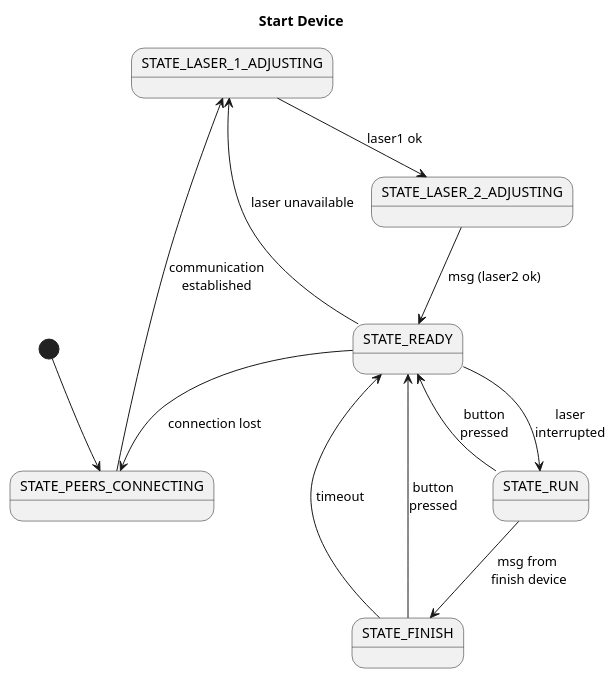
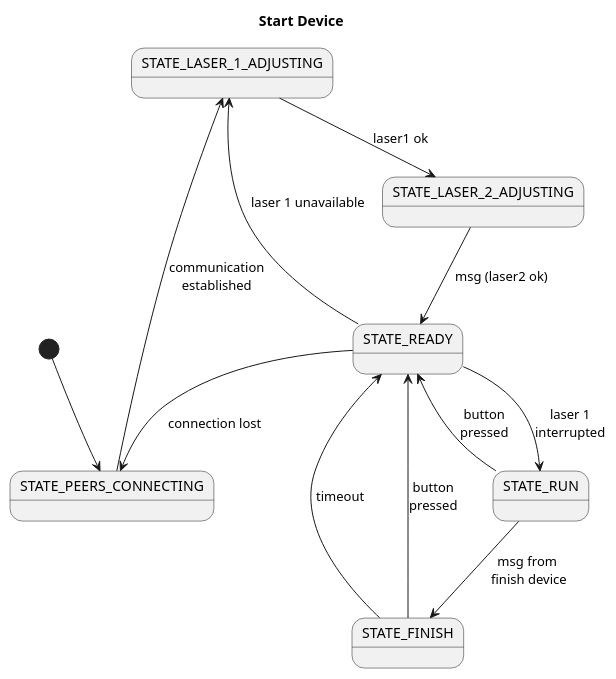
The diagram in doc/uml/state_diagram_start.plantuml (bardolf/fatrug), drawn with PlantUML before and after one commit. The commit also changed 7 other files, not shown here.

```diff
--- a/doc/uml/state_diagram_start.plantuml
+++ b/doc/uml/state_diagram_start.plantuml
@@ -1,24 +1,24 @@
 @startuml
 
 title Start Device
 
 state "STATE_LASER_1_ADJUSTING" as laser
 state "STATE_LASER_2_ADJUSTING" as laser2
 state "STATE_PEERS_CONNECTING" as connection
 state "STATE_READY" as ready
 state "STATE_RUN" as run
 state "STATE_FINISH" as finish
 
 [*] --> connection
 connection --> laser : communication\nestablished
 laser --> laser2 : laser1 ok
 laser2 --> ready : msg (laser2 ok)
-ready --> laser: laser unavailable
-ready --> run : laser\ninterrupted
+ready --> laser: laser 1 unavailable
+ready --> run : laser 1\ninterrupted
 ready --> connection : connection lost
 run --> finish : msg from \nfinish device
 run --> ready : button\npressed
 finish --> ready : timeout
 finish --> ready : button\npressed
 
 @enduml
```
